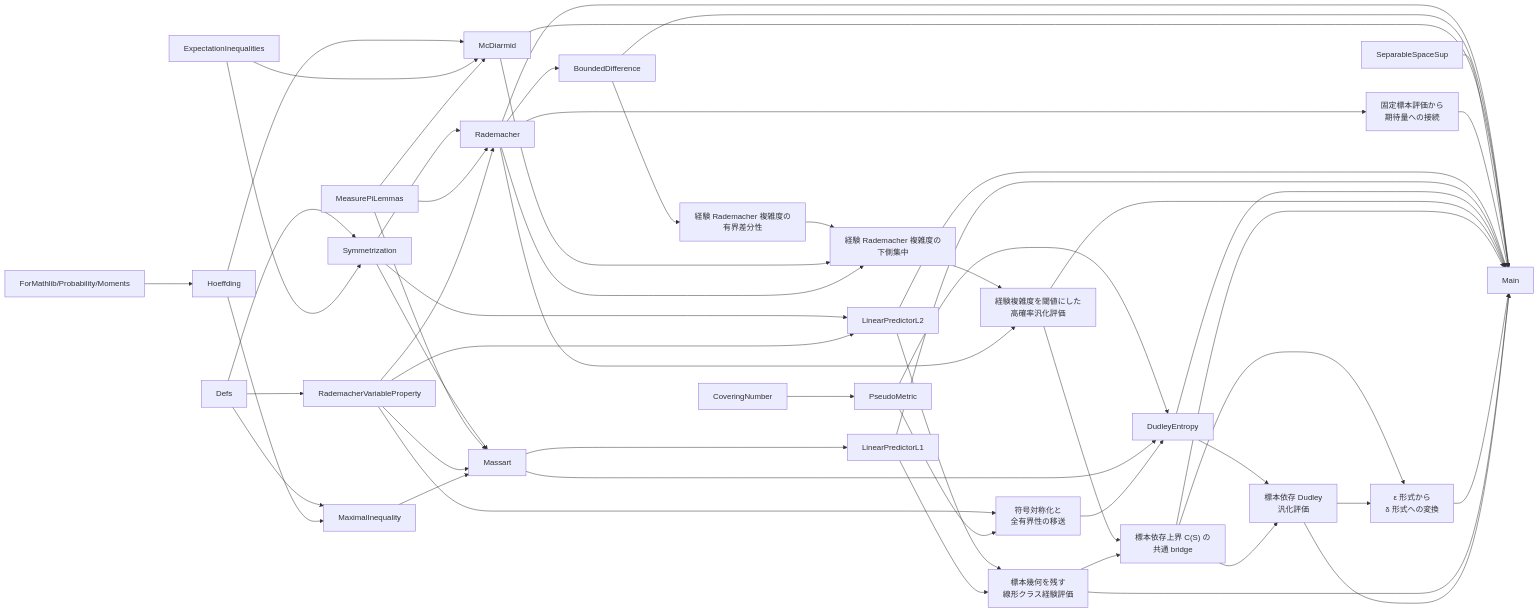
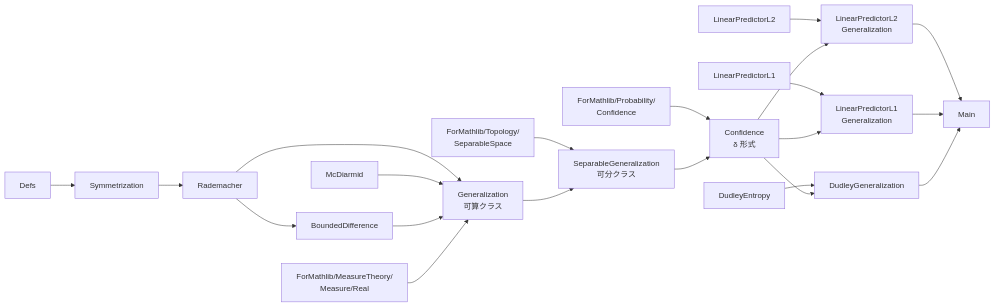
Before and after one commit to auto-res/lean-rademacher: the diagram in note/summary.md, drawn with Mermaid. The commit also changed other lines of this file and 36 other files, not shown here.

````diff
--- a/note/summary.md
+++ b/note/summary.md
@@ -29,91 +29,45 @@
 ```mermaid
 flowchart LR
     defs["Defs"]
-    measurePi["MeasurePiLemmas"]
-    expectation["ExpectationInequalities"]
-    moments["ForMathlib/Probability/Moments"]
-    hoeffding["Hoeffding"]
-    mcdiarmid["McDiarmid"]
     symm["Symmetrization"]
     rademacher["Rademacher"]
+    mcdiarmid["McDiarmid"]
     boundedDiff["BoundedDifference"]
-    separable["SeparableSpaceSup"]
-    variableProp["RademacherVariableProperty"]
-    maximal["MaximalInequality"]
-    massart["Massart"]
+    measureBridge["ForMathlib/MeasureTheory/<br/>Measure/Real"]
+    topologyBridge["ForMathlib/Topology/<br/>SeparableSpace"]
+    confidenceCalc["ForMathlib/Probability/<br/>Confidence"]
+    generalization["Generalization<br/>可算クラス"]
+    separableGen["SeparableGeneralization<br/>可分クラス"]
+    confidence["Confidence<br/>δ 形式"]
     linearL2["LinearPredictorL2"]
     linearL1["LinearPredictorL1"]
-    covering["CoveringNumber"]
-    pseudo["PseudoMetric"]
     dudley["DudleyEntropy"]
-    fixedBridge["固定標本評価から<br/>期待量への接続"]
-    signSymm["符号対称化と<br/>全有界性の移送"]
-    empiricalBD["経験 Rademacher 複雑度の<br/>有界差分性"]
-    empiricalTail["経験 Rademacher 複雑度の<br/>下側集中"]
-    dataTail["経験複雑度を閾値にした<br/>高確率汎化評価"]
-    sampleBridge["標本依存上界 C(S) の<br/>共通 bridge"]
-    confidence["ε 形式から<br/>δ 形式への変換"]
-    sampleLinear["標本幾何を残す<br/>線形クラス経験評価"]
-    sampleDudley["標本依存 Dudley<br/>汎化評価"]
+    l2Gen["LinearPredictorL2<br/>Generalization"]
+    l1Gen["LinearPredictorL1<br/>Generalization"]
+    dudleyGen["DudleyGeneralization"]
     main["Main"]
 
     defs --> symm
-    defs --> variableProp
-    defs --> maximal
-    expectation --> symm
+    symm --> rademacher
+    rademacher --> boundedDiff
+    rademacher --> generalization
+    mcdiarmid --> generalization
+    boundedDiff --> generalization
+    measureBridge --> generalization
 
-    moments --> hoeffding
-    hoeffding --> mcdiarmid
-    hoeffding --> maximal
-    expectation --> mcdiarmid
-    measurePi --> mcdiarmid
+    topologyBridge --> separableGen
+    generalization --> separableGen
+    confidenceCalc --> confidence
+    separableGen --> confidence
 
-    symm --> rademacher
-    measurePi --> rademacher
-    variableProp --> rademacher
-    rademacher --> boundedDiff
-    rademacher --> fixedBridge
-    boundedDiff --> empiricalBD
-    empiricalBD --> empiricalTail
-    mcdiarmid --> empiricalTail
-    rademacher --> empiricalTail
-    empiricalTail --> dataTail
-    rademacher --> dataTail
-    dataTail --> sampleBridge
-    sampleBridge --> confidence
+    linearL2 --> l2Gen
+    confidence --> l2Gen
+    linearL1 --> l1Gen
+    confidence --> l1Gen
+    dudley --> dudleyGen
+    confidence --> dudleyGen
 
-    symm --> linearL2
-    variableProp --> linearL2
-    symm --> massart
-    measurePi --> massart
-    variableProp --> massart
-    maximal --> massart
-    massart --> linearL1
-    linearL2 --> sampleLinear
-    linearL1 --> sampleLinear
-    sampleLinear --> sampleBridge
-
-    covering --> pseudo
-    pseudo --> dudley
-    massart --> dudley
-    variableProp --> signSymm
-    pseudo --> signSymm
-    signSymm --> dudley
-    dudley --> sampleDudley
-    sampleBridge --> sampleDudley
-    sampleDudley --> confidence
-
-    rademacher --> main
-    boundedDiff --> main
-    mcdiarmid --> main
-    separable --> main
-    fixedBridge --> main
-    linearL2 --> main
-    linearL1 --> main
-    dudley --> main
-    dataTail --> main
-    sampleBridge --> main
-    confidence --> main
-    sampleLinear --> main
-    sampleDudley --> main
+    l2Gen --> main
+    l1Gen --> main
+    dudleyGen --> main
 ```
````
